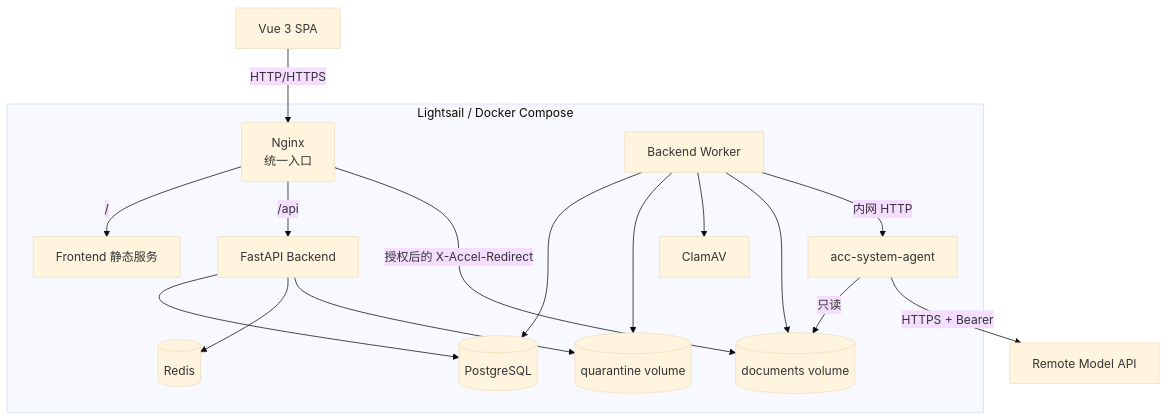
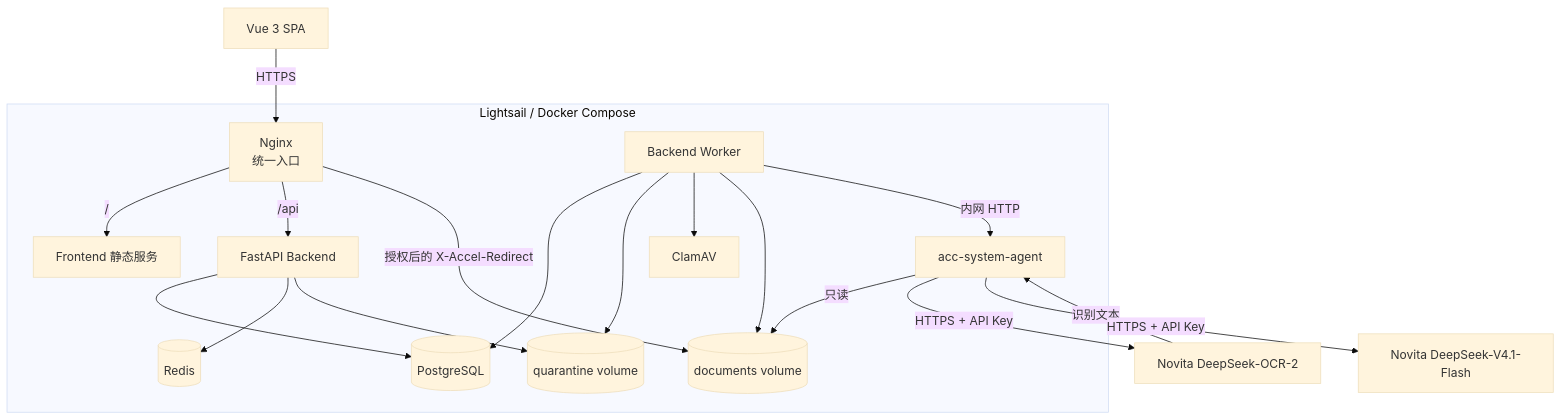
The second of 7 diagrams in README_系统设计说明书.md (multi-mind-nus/acc-system-docs), drawn with Mermaid (base theme) before and after one commit. The commit also changed other lines of this file and 5 other files, not shown here.

Commit message:
docs: add Folio architecture diagrams and refresh design documentation

````diff
--- a/README_系统设计说明书.md
+++ b/README_系统设计说明书.md
@@ -169,34 +182,37 @@
 ```mermaid
 flowchart TB
     Browser[Vue 3 SPA]
 
     subgraph Host[Lightsail / Docker Compose]
         Nginx[Nginx\n统一入口]
         Frontend[Frontend 静态服务]
         API[FastAPI Backend]
         Worker[Backend Worker]
         Agent[acc-system-agent]
         PG[(PostgreSQL)]
         Redis[(Redis)]
         Docs[(documents volume)]
         Quarantine[(quarantine volume)]
         ClamAV[ClamAV]
     end
 
-    Model[Remote Model API]
+    OCR[Novita DeepSeek-OCR-2]
+    Flash[Novita DeepSeek-V4.1-Flash]
 
-    Browser -->|HTTP/HTTPS| Nginx
+    Browser -->|HTTPS| Nginx
     Nginx -->|/| Frontend
     Nginx -->|/api| API
     API --> PG
     API --> Redis
     API --> Quarantine
     Worker --> PG
     Worker --> Quarantine
     Worker --> ClamAV
     Worker --> Docs
     Worker -->|内网 HTTP| Agent
     Agent -->|只读| Docs
-    Agent -->|HTTPS + Bearer| Model
+    Agent -->|HTTPS + API Key| OCR
+    OCR -->|识别文本| Agent
+    Agent -->|HTTPS + API Key| Flash
     Nginx -->|授权后的 X-Accel-Redirect| Docs
 ```
````
